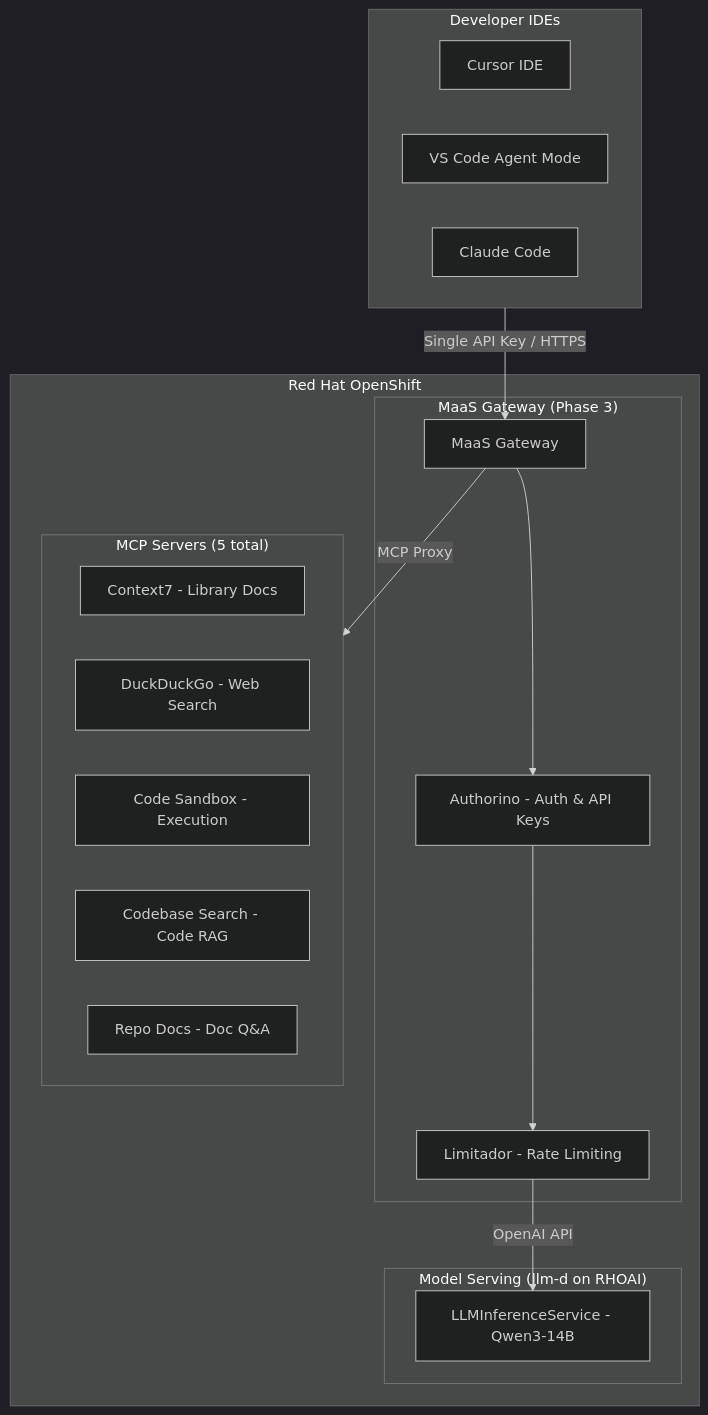
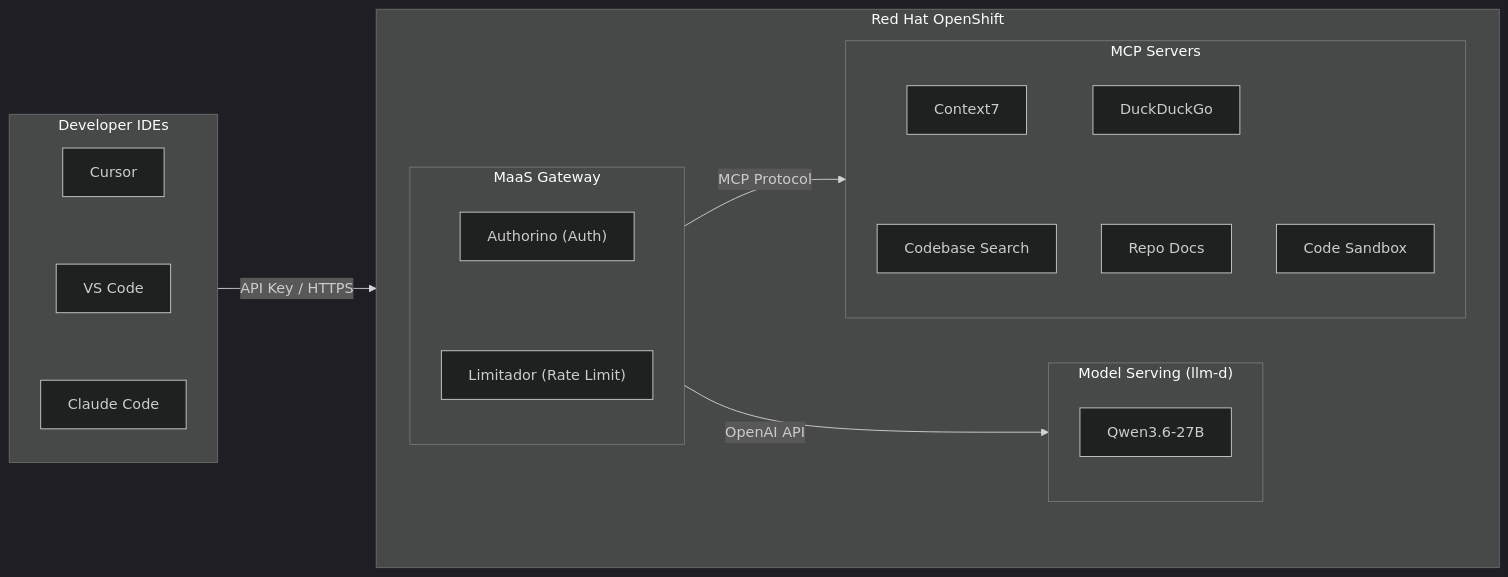
The diagram in README.md (hyogrin/rhoai-coding-assistant-lab), drawn with Mermaid (dark theme) before and after one commit. The commit also changed other lines of this file and 39 other files, not shown here.

````diff
--- a/README.md
+++ b/README.md
@@ -7,34 +7,35 @@
 ```mermaid
-flowchart TB
+flowchart LR
     subgraph IDE["Developer IDEs"]
-        Cursor[Cursor IDE]
-        VSCode[VS Code Agent Mode]
+        direction TB
+        Cursor[Cursor]
+        VSCode[VS Code]
         ClaudeCode[Claude Code]
+        Cursor ~~~ VSCode ~~~ ClaudeCode
     end
 
     subgraph OCP["Red Hat OpenShift"]
-        subgraph MaaS["MaaS Gateway (Phase 3)"]
-            Gateway[MaaS Gateway]
-            Auth[Authorino - Auth & API Keys]
-            RateLimit[Limitador - Rate Limiting]
+        direction LR
+        subgraph GW["MaaS Gateway"]
+            direction TB
+            Auth["Authorino (Auth)"]
+            Limit["Limitador (Rate Limit)"]
+            Auth ~~~ Limit
         end
 
-        subgraph MCP["MCP Servers (5 total)"]
-            Context7[Context7 - Library Docs]
-            DuckDuckGo[DuckDuckGo - Web Search]
-            CodeSandbox[Code Sandbox - Execution]
-            CodeSearch[Codebase Search - Code RAG]
-            RepoDocs[Repo Docs - Doc Q&A]
+        subgraph Serving["Model Serving (llm-d)"]
+            vLLM["Qwen3.6-27B"]
         end
 
-        subgraph Inference["Model Serving (llm-d on RHOAI)"]
-            vLLM1[LLMInferenceService - Qwen3-14B]
+        subgraph Tools["MCP Servers"]
+            direction TB
+            C7[Context7] ~~~ Search[Codebase Search] 
+            DDG[DuckDuckGo] ~~~ Docs[Repo Docs]
+            Sandbox[Code Sandbox]
         end
     end
 
-    IDE -->|Single API Key / HTTPS| Gateway
-    Gateway --> Auth
-    Auth --> RateLimit
-    RateLimit -->|OpenAI API| vLLM1
-    Gateway -->|MCP Proxy| MCP
+    IDE -->|"API Key / HTTPS"| GW
+    GW -->|"OpenAI API"| Serving
+    GW -->|"MCP Protocol"| Tools
 ```
````
